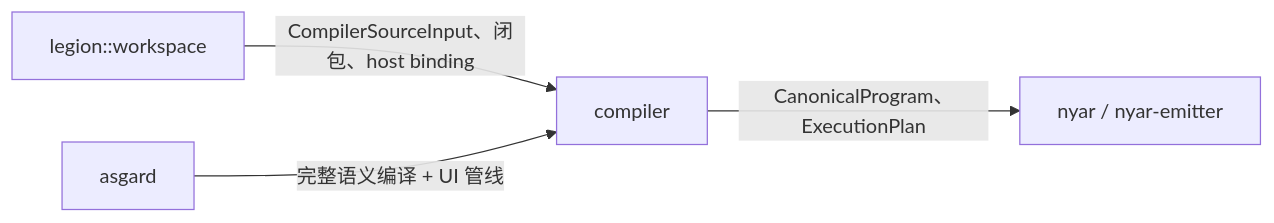
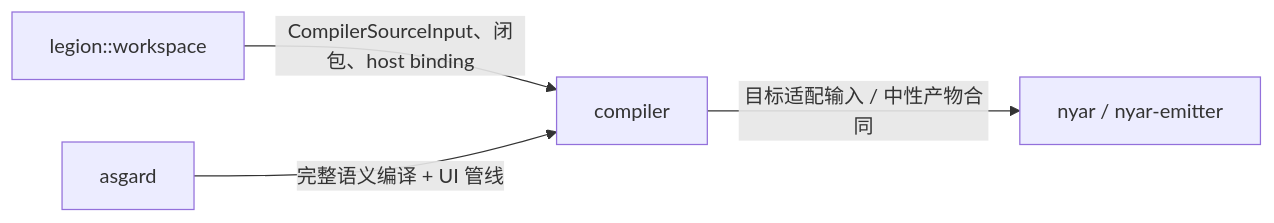
Before and after one commit to nyar-vm/nyar-vm: the second of 2 diagrams in projects/nyar.rs/languages/rusty-valkyrie/src/compiler/readme.md, drawn with Mermaid. The commit also changed other lines of this file and 7 other files, not shown here.

````diff
--- a/projects/nyar.rs/languages/rusty-valkyrie/src/compiler/readme.md
+++ b/projects/nyar.rs/languages/rusty-valkyrie/src/compiler/readme.md
@@ -68,10 +68,10 @@
 ```mermaid
 flowchart LR
   legion[legion::workspace]
   compiler[compiler]
   nyar[nyar / nyar-emitter]
 
   legion -->|"CompilerSourceInput、闭包、host binding"| compiler
-  compiler -->|"CanonicalProgram、ExecutionPlan"| nyar
+  compiler -->|"目标适配输入 / 中性产物合同"| nyar
   asgard[asgard] -->|"完整语义编译 + UI 管线"| compiler
 ```
````
